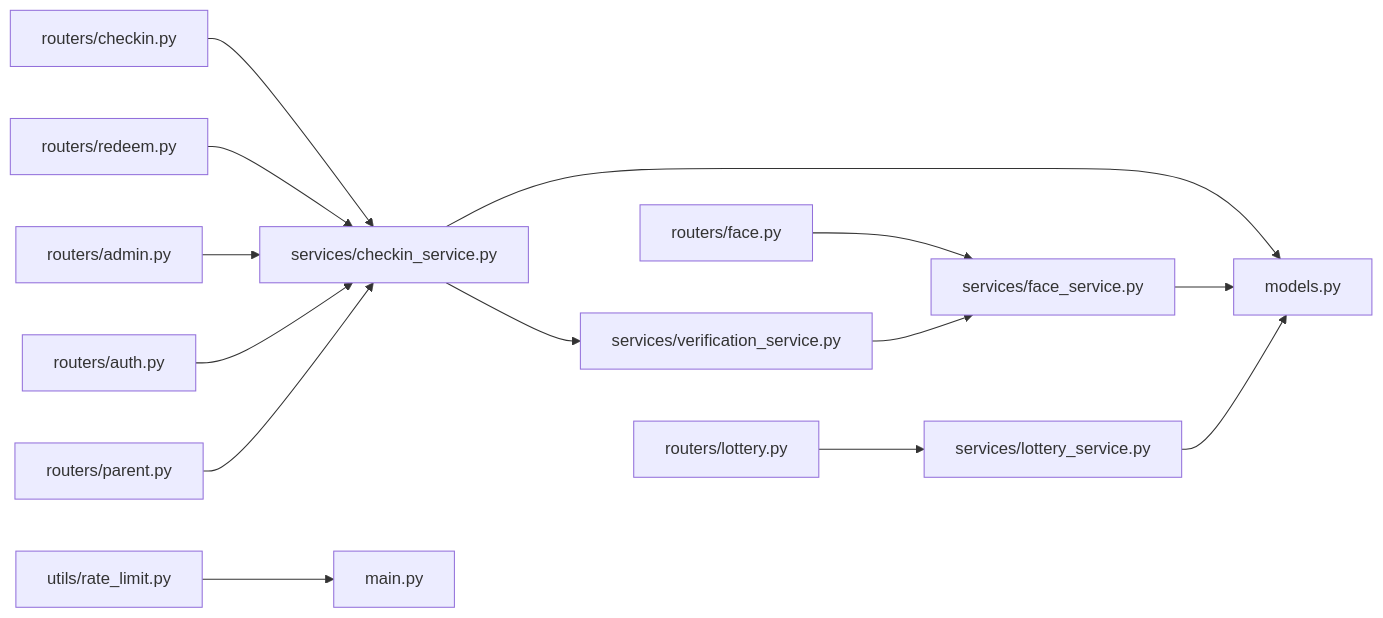
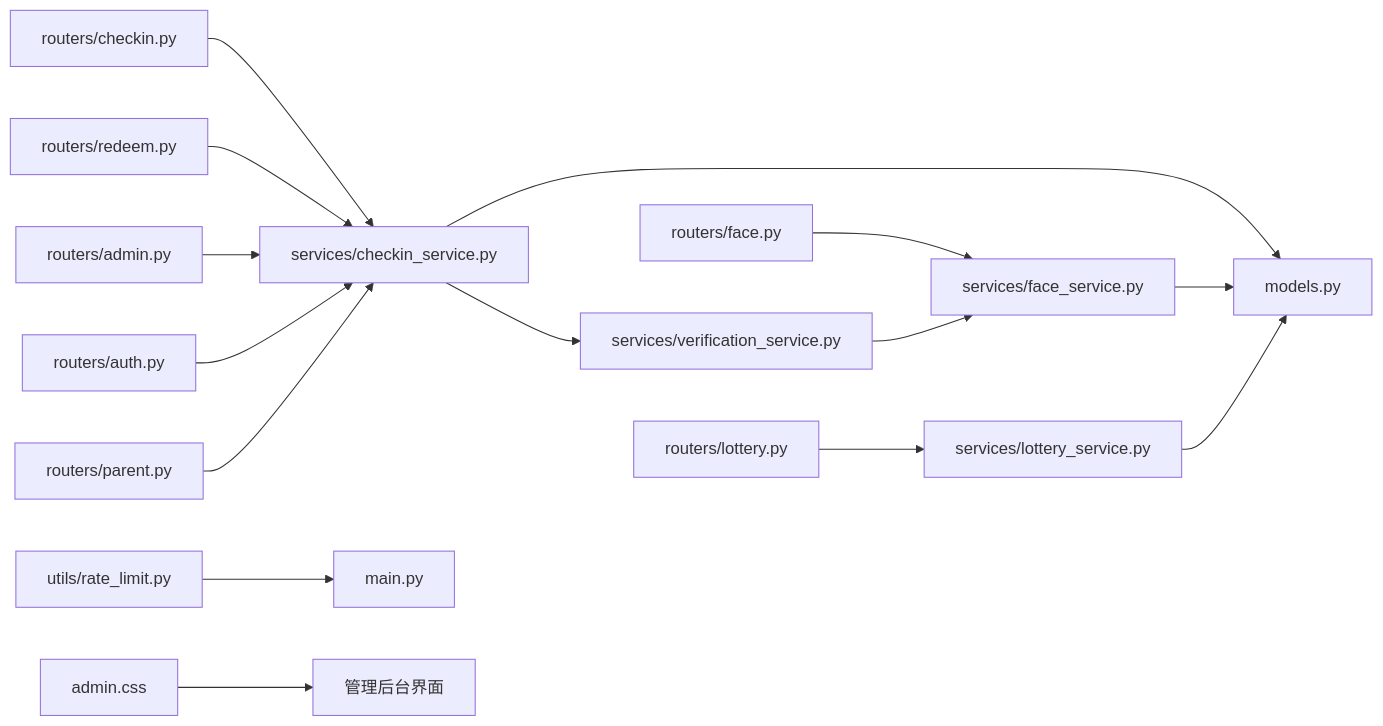
Diagram 11 of 11 in .qoder/repowiki/zh/content/项目概述/暑假作业打卡系统介绍/暑假作业打卡系统介绍.md (onebody/homework), drawn with Mermaid before and after one commit. The commit also changed other lines of this file and 6 other files, not shown here.

````diff
--- a/.qoder/repowiki/zh/content/项目概述/暑假作业打卡系统介绍/暑假作业打卡系统介绍.md
+++ b/.qoder/repowiki/zh/content/项目概述/暑假作业打卡系统介绍/暑假作业打卡系统介绍.md
@@ -464,16 +506,17 @@
 ```mermaid
 graph LR
 R1["routers/checkin.py"] --> S1["services/checkin_service.py"]
 R2["routers/face.py"] --> S2["services/face_service.py"]
 R3["routers/lottery.py"] --> S3["services/lottery_service.py"]
 R4["routers/redeem.py"] --> S1
 R5["routers/admin.py"] --> S1
 R6["routers/auth.py"] --> S1
 R7["routers/parent.py"] --> S1
 S1 --> M["models.py"]
 S2 --> M
 S3 --> M
 S1 --> V["services/verification_service.py"]
 V --> S2
 RL["utils/rate_limit.py"] --> API["main.py"]
+ACSS["admin.css"] --> ADMIN["管理后台界面"]
 ```
````
